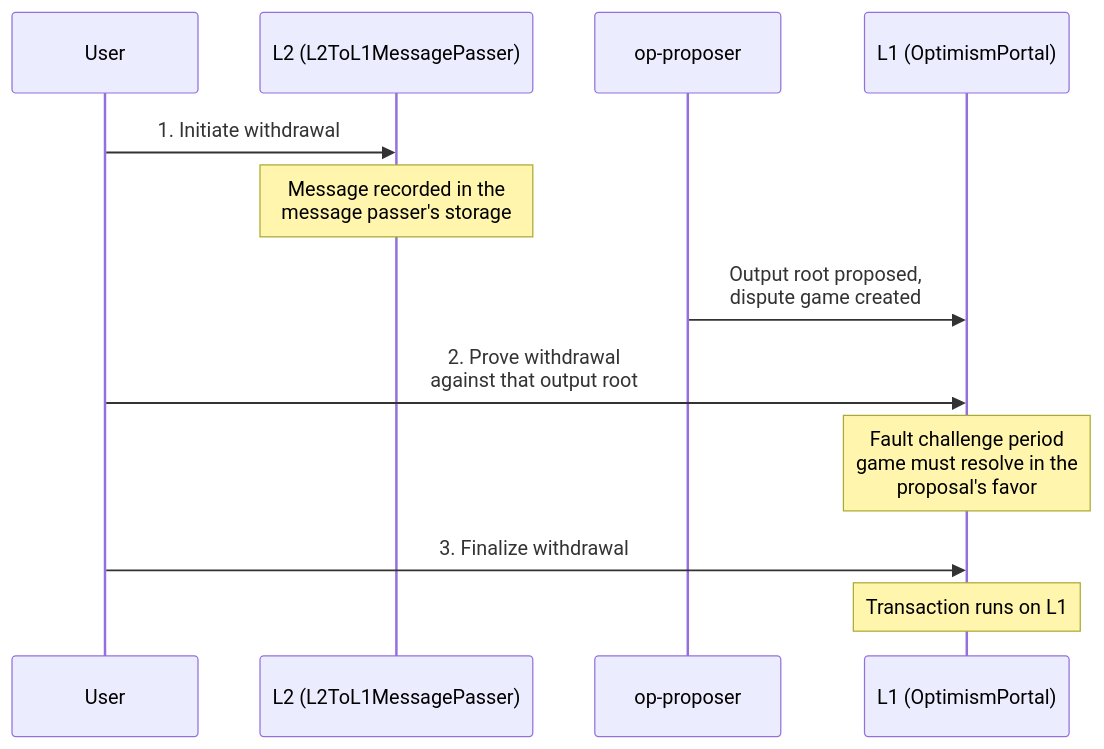
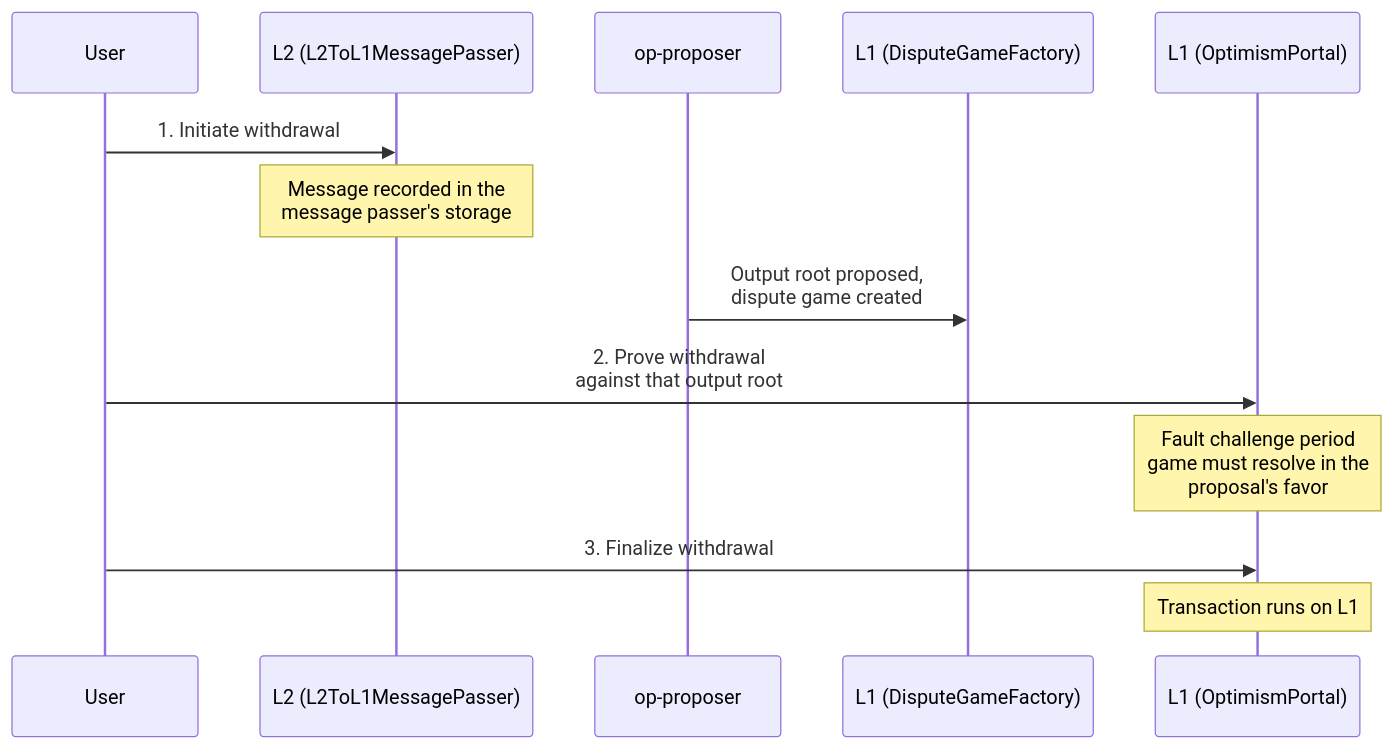
Before and after one commit to ethereum-optimism/optimism: the diagram in docs/public-docs/op-stack/bridging/withdrawal-flow.mdx, drawn with Mermaid. The commit also changed other lines of this file and 5 other files, not shown here.

````diff
--- a/docs/public-docs/op-stack/bridging/withdrawal-flow.mdx
+++ b/docs/public-docs/op-stack/bridging/withdrawal-flow.mdx
@@ -23,15 +23,16 @@
 ```mermaid
 sequenceDiagram
     participant User
     participant L2 as L2 (L2ToL1MessagePasser)
     participant Prop as op-proposer
+    participant DGF as L1 (DisputeGameFactory)
     participant Portal as L1 (OptimismPortal)
 
     User->>L2: 1. Initiate withdrawal
     Note over L2: Message recorded in the<br/>message passer's storage
-    Prop->>Portal: Output root proposed,<br/>dispute game created
+    Prop->>DGF: Output root proposed,<br/>dispute game created
     User->>Portal: 2. Prove withdrawal<br/>against that output root
     Note over Portal: Fault challenge period<br/>game must resolve in the<br/>proposal's favor
     User->>Portal: 3. Finalize withdrawal
     Note over Portal: Transaction runs on L1
 ```
````
